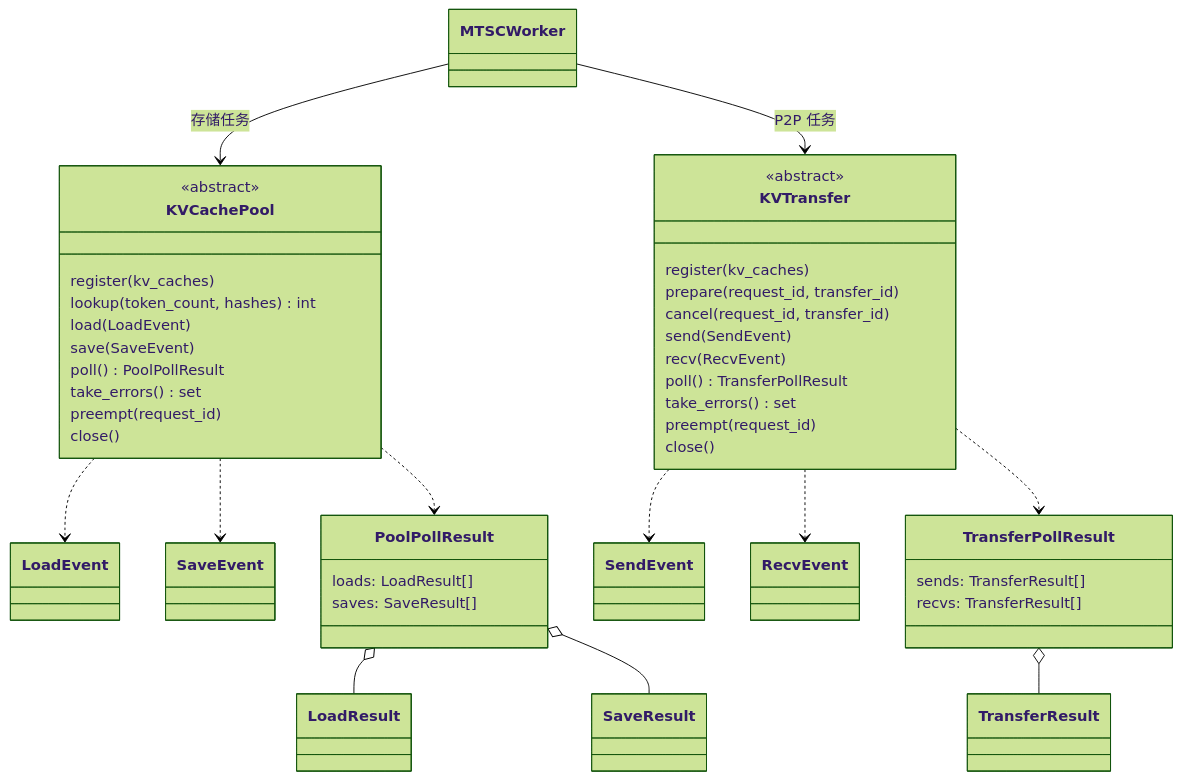
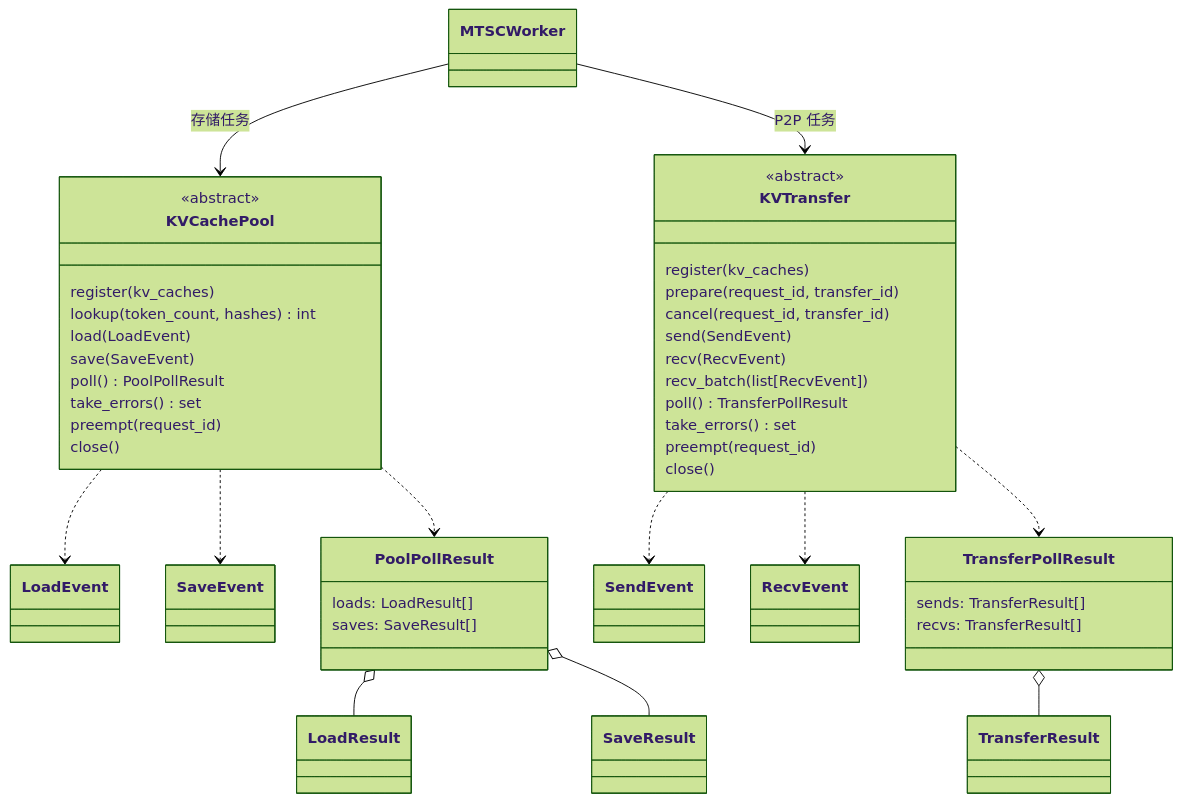
The second of 3 diagrams in docs/design/S05-pool&transfe.md (WangSu-X/MTSC), drawn with Mermaid (forest theme) before and after one commit. The commit also changed other lines of this file and 9 other files, not shown here.

````diff
--- a/docs/design/S05-pool&transfe.md
+++ b/docs/design/S05-pool&transfe.md
@@ -73,46 +73,47 @@
 ```mermaid
 classDiagram
     class MTSCWorker
     class KVCachePool {
         <<abstract>>
         register(kv_caches)
         lookup(token_count, hashes) int
         load(LoadEvent)
         save(SaveEvent)
         poll() PoolPollResult
         take_errors() set
         preempt(request_id)
         close()
     }
     class KVTransfer {
         <<abstract>>
         register(kv_caches)
         prepare(request_id, transfer_id)
         cancel(request_id, transfer_id)
         send(SendEvent)
         recv(RecvEvent)
+        recv_batch(list[RecvEvent])
         poll() TransferPollResult
         take_errors() set
         preempt(request_id)
         close()
     }
     class PoolPollResult {
         loads: LoadResult[]
         saves: SaveResult[]
     }
     class TransferPollResult {
         sends: TransferResult[]
         recvs: TransferResult[]
     }
     MTSCWorker --> KVCachePool : 存储任务
     MTSCWorker --> KVTransfer : P2P 任务
     KVCachePool ..> LoadEvent
     KVCachePool ..> SaveEvent
     KVCachePool ..> PoolPollResult
     PoolPollResult o-- LoadResult
     PoolPollResult o-- SaveResult
     KVTransfer ..> SendEvent
     KVTransfer ..> RecvEvent
     KVTransfer ..> TransferPollResult
     TransferPollResult o-- TransferResult
 ```
````
